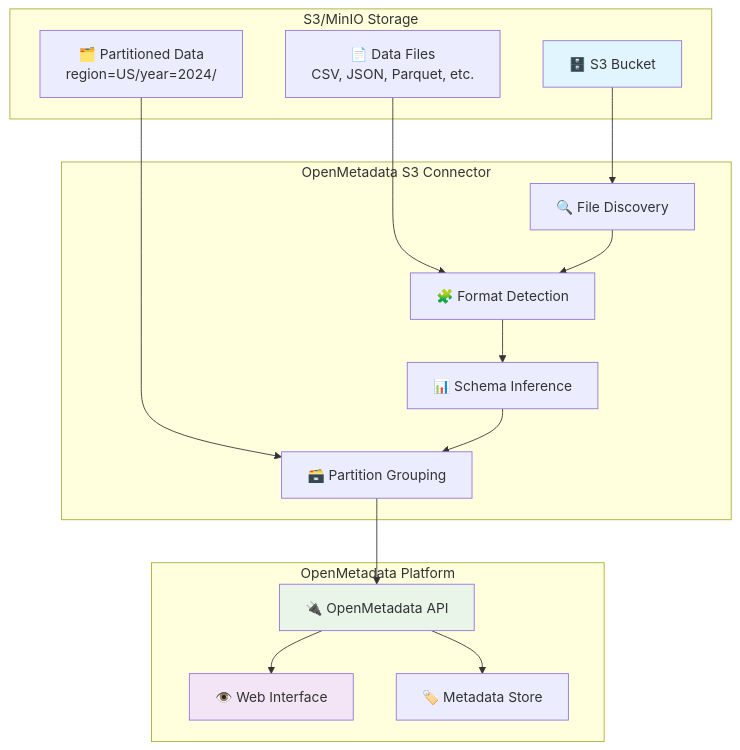
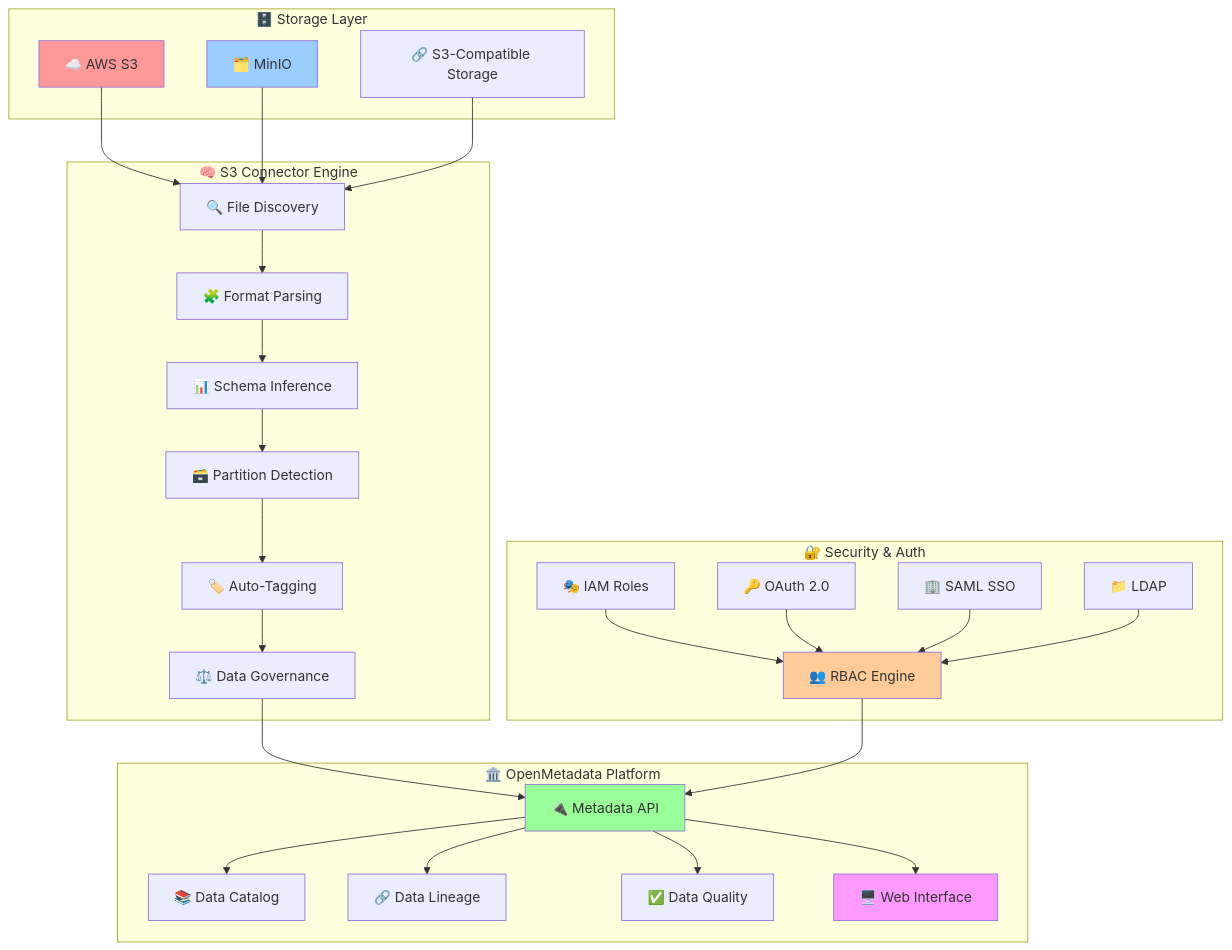
Before and after one commit to Monsau/S3connectorplaybook: the first of 11 diagrams in README.md, drawn with Mermaid. The commit also changed other lines of this file, not shown here.

````diff
--- a/README.md
+++ b/README.md
@@ -10,37 +30,61 @@
 ```mermaid
 graph TB
-    subgraph "S3/MinIO Storage"
-        S3[🗄️ S3 Bucket]
-        Files[📄 Data Files<br/>CSV, JSON, Parquet, etc.]
-        Partitions[🗂️ Partitioned Data<br/>region=US/year=2024/]
+    subgraph "🗄️ Storage Layer"
+        S3[☁️ AWS S3]
+        MinIO[🗂️ MinIO]
+        Compatible[🔗 S3-Compatible Storage]
     end
     
-    subgraph "OpenMetadata S3 Connector"
-        Disco[🔍 File Discovery]
-        Parse[🧩 Format Detection]
-        Schema[📊 Schema Inference]
-        Part[🗃️ Partition Grouping]
+    subgraph "🔐 Security & Auth"
+        IAM[🎭 IAM Roles]
+        OAuth[🔑 OAuth 2.0]
+        SAML[🏢 SAML SSO]
+        LDAP[📁 LDAP]
+        RBAC[👥 RBAC Engine]
     end
     
-    subgraph "OpenMetadata Platform"
-        API[🔌 OpenMetadata API]
-        UI[👁️ Web Interface]
-        Meta[🏷️ Metadata Store]
+    subgraph "🧠 S3 Connector Engine"
+        Discovery[🔍 File Discovery]
+        Parsing[🧩 Format Parsing]
+        Schema[📊 Schema Inference]
+        Partitioning[🗃️ Partition Detection]
+        Tagging[🏷️ Auto-Tagging]
+        Governance[⚖️ Data Governance]
     end
     
-    S3 --> Disco
-    Files --> Parse
-    Partitions --> Part
+    subgraph "🏛️ OpenMetadata Platform"
+        API[🔌 Metadata API]
+        Catalog[📚 Data Catalog]
+        Lineage[🔗 Data Lineage]
+        Quality[✅ Data Quality]
+        UI[🖥️ Web Interface]
+    end
     
-    Disco --> Parse
-    Parse --> Schema
-    Schema --> Part
-    Part --> API
+    S3 --> Discovery
+    MinIO --> Discovery
+    Compatible --> Discovery
     
-    API --> Meta
+    IAM --> RBAC
+    OAuth --> RBAC
+    SAML --> RBAC
+    LDAP --> RBAC
+    
+    Discovery --> Parsing
+    Parsing --> Schema
+    Schema --> Partitioning
+    Partitioning --> Tagging
+    Tagging --> Governance
+    
+    Governance --> API
+    RBAC --> API
+    API --> Catalog
+    API --> Lineage
+    API --> Quality
     API --> UI
     
-    style S3 fill:#e1f5fe
-    style API fill:#e8f5e8
-    style UI fill:#f3e5f5
+    style S3 fill:#ff9999
+    style MinIO fill:#99ccff
+    style RBAC fill:#ffcc99
+    style API fill:#99ff99
+    style UI fill:#ff99ff
 ```
````
